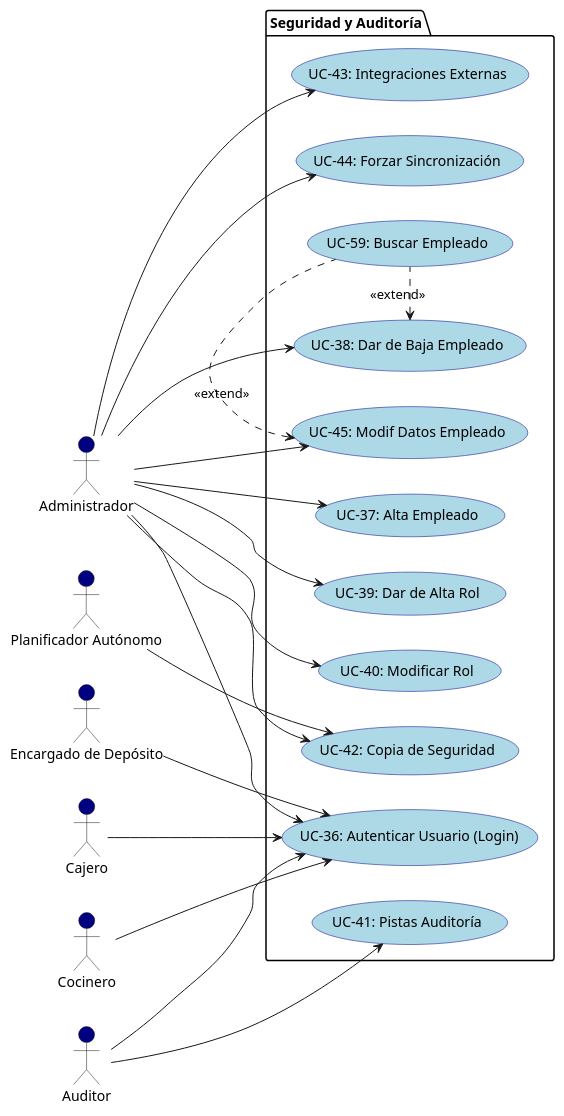
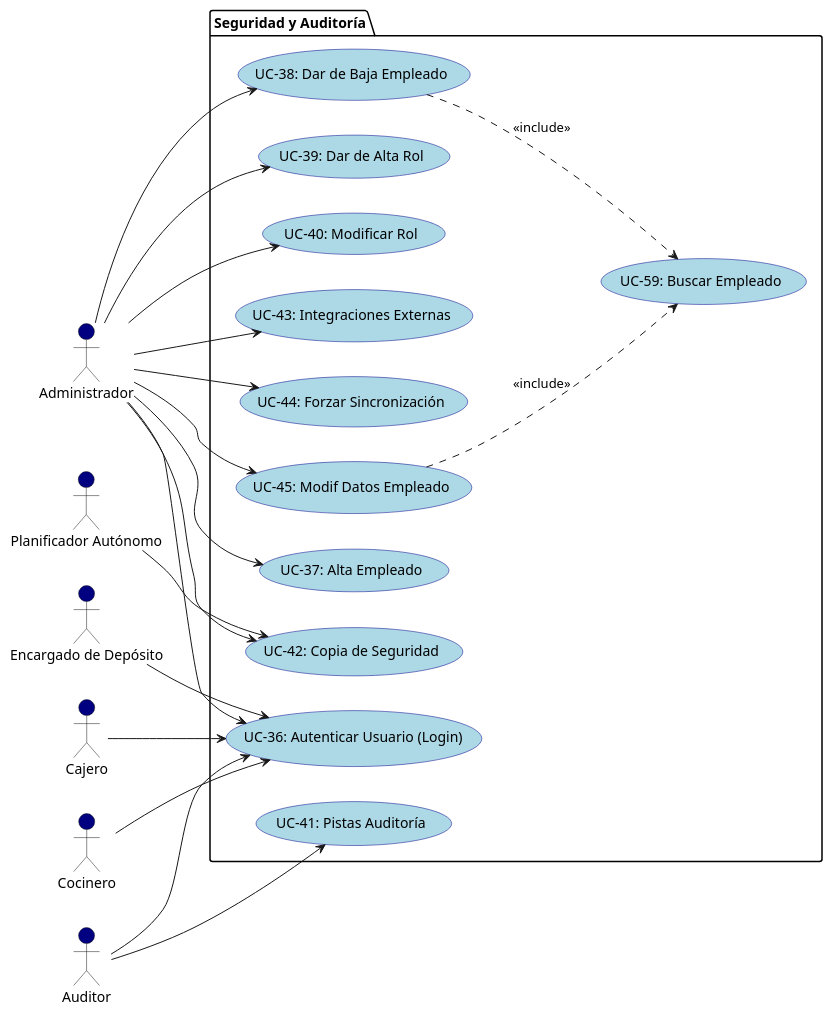
The fifth of 6 diagrams in docs/2_Requisitos_y_Arquitectura/diagramas_plantuml.md (DiegoParadiso/owens), drawn with PlantUML before and after one commit. The commit also changed other lines of this file and 15957 other files, not shown here.

````diff
--- a/docs/2_Requisitos_y_Arquitectura/diagramas_plantuml.md
+++ b/docs/2_Requisitos_y_Arquitectura/diagramas_plantuml.md
@@ -406,50 +422,50 @@
 ```plantuml
 @startuml
 left to right direction
 skinparam usecaseBackgroundColor LightBlue
 skinparam usecaseBorderColor DarkBlue
 skinparam actorBackgroundColor Navy
 
 actor "Administrador" as Administrador
 actor "Encargado de Depósito" as Encargado
 actor "Cajero" as Cajero
 actor "Cocinero" as Cocinero
 actor "Auditor" as Auditor
 actor "Planificador Autónomo" as Planificador
 
 package "Seguridad y Auditoría" {
     usecase "UC-36: Autenticar Usuario (Login)" as UC36
     usecase "UC-37: Alta Empleado" as UC37
     usecase "UC-38: Dar de Baja Empleado" as UC38
     usecase "UC-39: Dar de Alta Rol" as UC39
     usecase "UC-40: Modificar Rol" as UC40
     usecase "UC-41: Pistas Auditoría" as UC41
     usecase "UC-42: Copia de Seguridad" as UC42
     usecase "UC-43: Integraciones Externas" as UC43
     usecase "UC-44: Forzar Sincronización" as UC44
     usecase "UC-45: Modif Datos Empleado" as UC45
     usecase "UC-59: Buscar Empleado" as UC59
 }
 
 Administrador --> UC37
 Administrador --> UC38
 Administrador --> UC39
 Administrador --> UC40
 Administrador --> UC42
 Administrador --> UC43
 Administrador --> UC44
 Administrador --> UC45
 
 Auditor --> UC41
 Planificador --> UC42
 
 ' Conexiones de Login a todos los humanos
 Administrador --> UC36
 Encargado --> UC36
 Cajero --> UC36
 Cocinero --> UC36
 Auditor --> UC36
-UC59 .left.> UC38 : <<extend>>
-UC59 .left.> UC45 : <<extend>>
+UC38 ..> UC59 : <<include>>
+UC45 ..> UC59 : <<include>>
 @enduml
 ```
````
